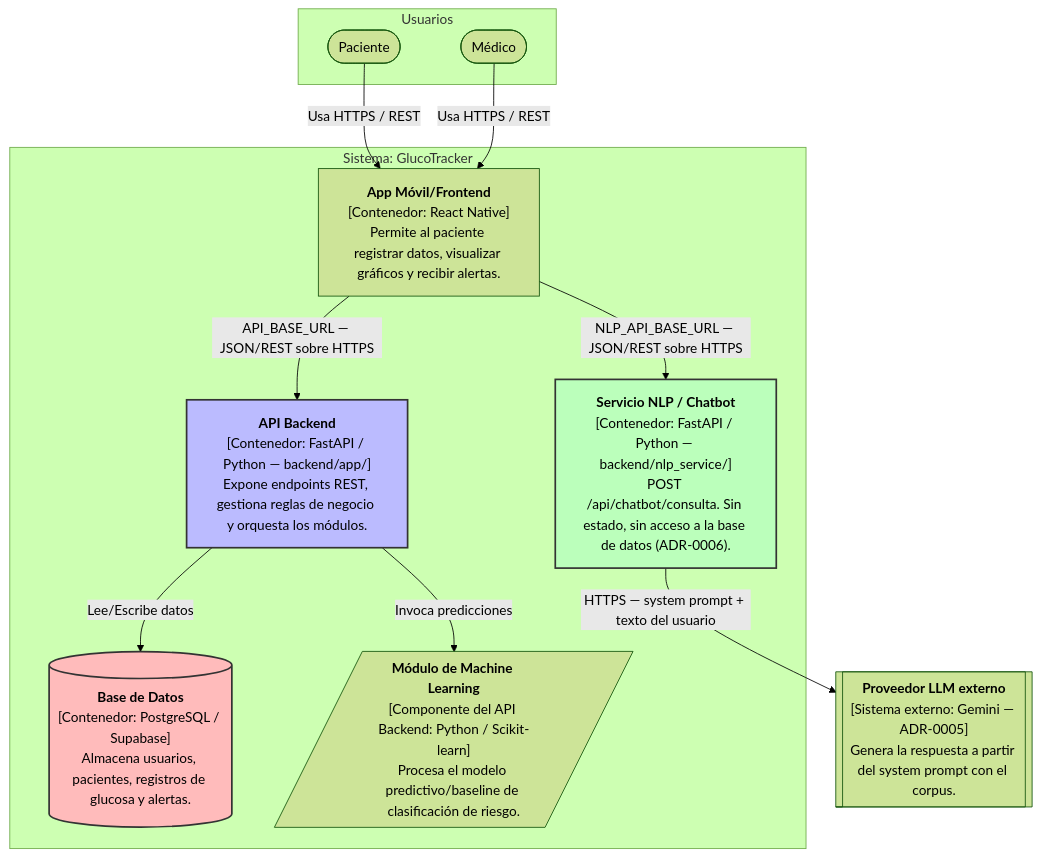
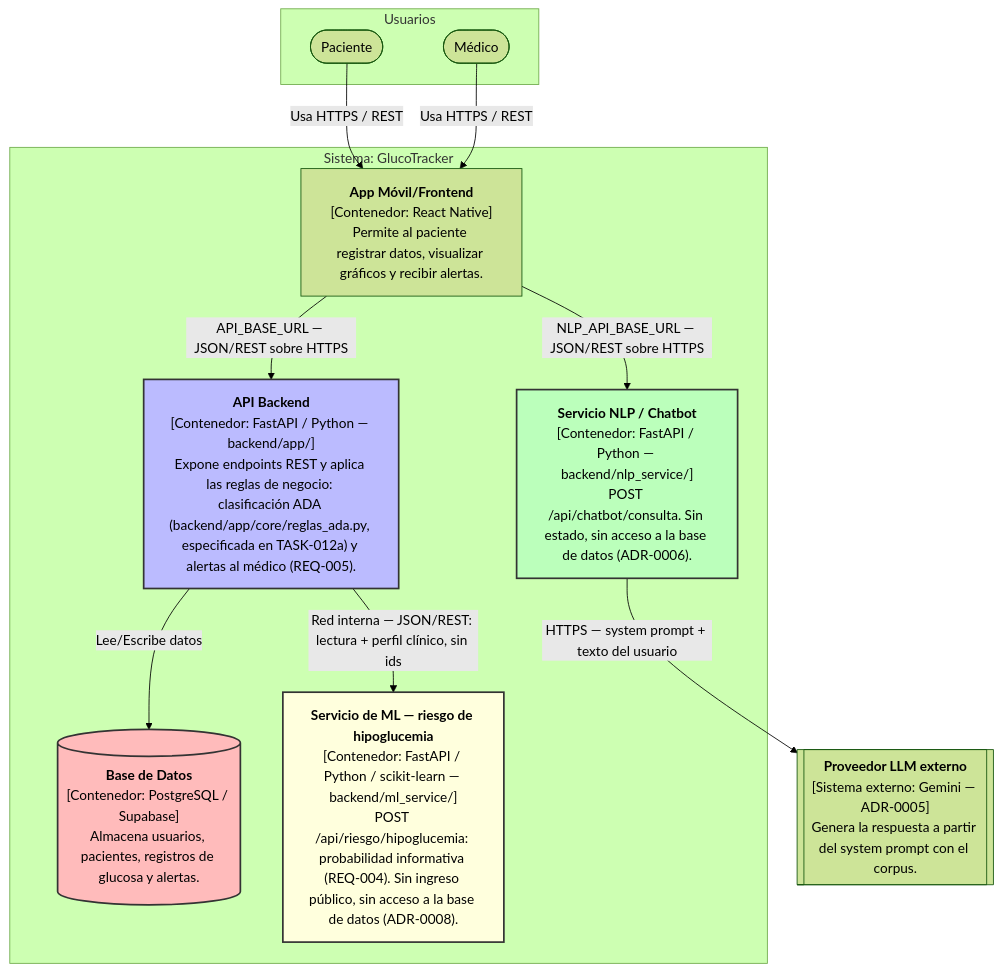
One commit to DiegoLaguna-17/proyecto-taller-inteligentes changed the diagram in docs/architecture/c4_container.md. Above: the diagram before and after it, drawn with Mermaid (forest theme). The commit also changed other lines of this file and 55 other files, not shown here.

````diff
--- a/docs/architecture/c4_container.md
+++ b/docs/architecture/c4_container.md
@@ -5,35 +5,36 @@
 ```mermaid
 flowchart TB
     subgraph Usuarios
         Patient([Paciente])
         Doctor([Médico])
     end
 
     subgraph Sistema["Sistema: GlucoTracker"]
         MobileApp["<b>App Móvil/Frontend</b><br/>[Contenedor: React Native]<br/>Permite al paciente registrar datos, visualizar gráficos y recibir alertas."]
         
-        API["<b>API Backend</b><br/>[Contenedor: FastAPI / Python — backend/app/]<br/>Expone endpoints REST, gestiona reglas de negocio y orquesta los módulos."]
+        API["<b>API Backend</b><br/>[Contenedor: FastAPI / Python — backend/app/]<br/>Expone endpoints REST y aplica las reglas de negocio: clasificación ADA (backend/app/core/reglas_ada.py, especificada en TASK-012a) y alertas al médico (REQ-005)."]
         
         Database[("<b>Base de Datos</b><br/>[Contenedor: PostgreSQL / Supabase]<br/>Almacena usuarios, pacientes, registros de glucosa y alertas.")]
         
-        MLModule[/"<b>Módulo de Machine Learning</b><br/>[Componente del API Backend: Python / Scikit-learn]<br/>Procesa el modelo predictivo/baseline de clasificación de riesgo."/]
+        MLService["<b>Servicio de ML — riesgo de hipoglucemia</b><br/>[Contenedor: FastAPI / Python / scikit-learn — backend/ml_service/]<br/>POST /api/riesgo/hipoglucemia: probabilidad informativa (REQ-004). Sin ingreso público, sin acceso a la base de datos (ADR-0008)."]
         
         NLPService["<b>Servicio NLP / Chatbot</b><br/>[Contenedor: FastAPI / Python — backend/nlp_service/]<br/>POST /api/chatbot/consulta. Sin estado, sin acceso a la base de datos (ADR-0006)."]
     end
 
     LLM[["<b>Proveedor LLM externo</b><br/>[Sistema externo: Gemini — ADR-0005]<br/>Genera la respuesta a partir del system prompt con el corpus."]]
 
     Patient -->|Usa HTTPS / REST| MobileApp
     Doctor -->|Usa HTTPS / REST| MobileApp
     
     MobileApp -->|API_BASE_URL — JSON/REST sobre HTTPS| API
     MobileApp -->|NLP_API_BASE_URL — JSON/REST sobre HTTPS| NLPService
     
     API -->|Lee/Escribe datos| Database
-    API -->|Invoca predicciones| MLModule
+    API -->|Red interna — JSON/REST: lectura + perfil clínico, sin ids| MLService
     NLPService -->|HTTPS — system prompt + texto del usuario| LLM
 
     style API fill:#bbf,stroke:#333,stroke-width:2px
     style NLPService fill:#bfb,stroke:#333,stroke-width:2px
+    style MLService fill:#ffd,stroke:#333,stroke-width:2px
     style Database fill:#fbb,stroke:#333,stroke-width:2px
 ```
````
